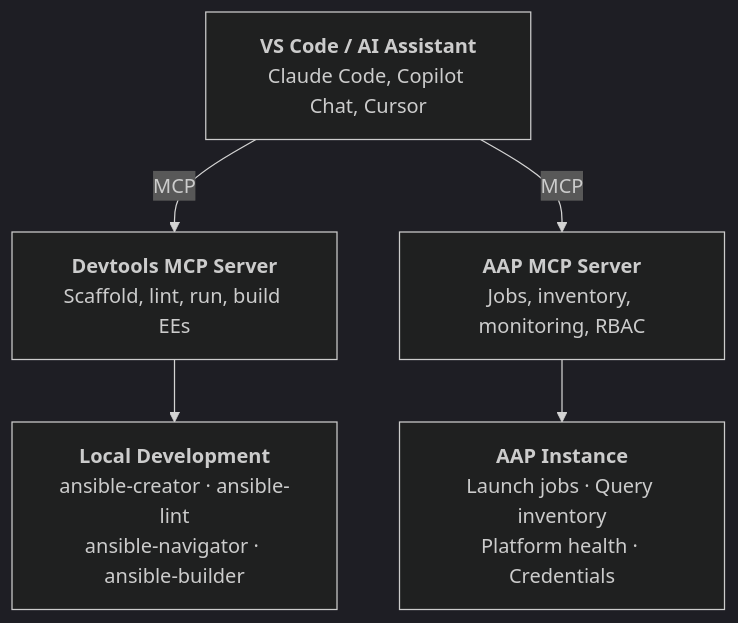
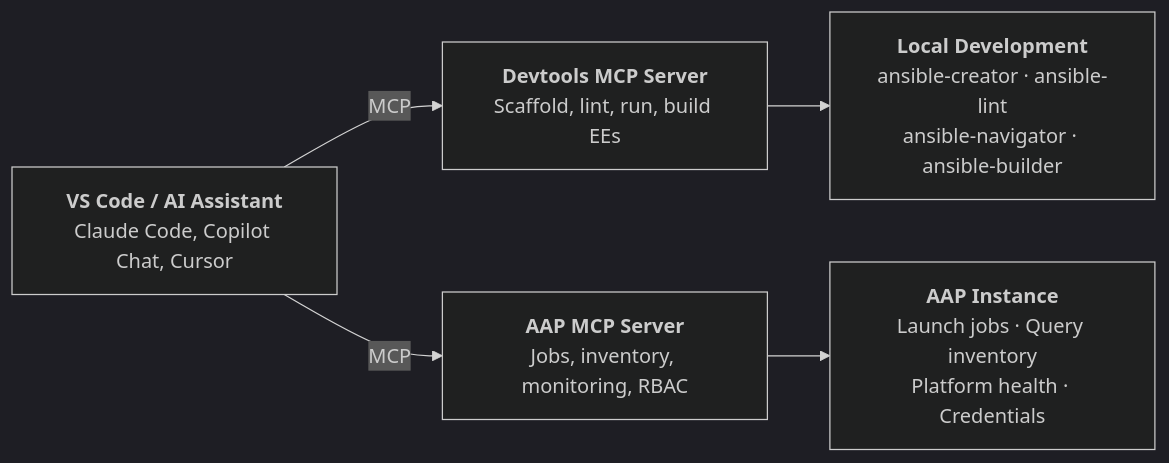
One commit to leogallego/ansible-solution-guides changed the second of 4 diagrams in README-Ansible-DevTools.md. Above: the diagram before and after it, drawn with Mermaid (dark theme).

Commit message:
Change MCP architecture diagram to LR for consistency
All other diagrams in the guide use graph LR.

````diff
--- a/README-Ansible-DevTools.md
+++ b/README-Ansible-DevTools.md
@@ -29,8 +29,8 @@
 ```mermaid
-graph TD
+graph LR
     IDE["<b>VS Code / AI Assistant</b><br/>Claude Code, Copilot Chat, Cursor"]
     IDE -->|MCP| DT["<b>Devtools MCP Server</b><br/>Scaffold, lint, run, build EEs"]
     IDE -->|MCP| AAP["<b>AAP MCP Server</b><br/>Jobs, inventory, monitoring, RBAC"]
     DT --> LOCAL["<b>Local Development</b><br/>ansible-creator · ansible-lint<br/>ansible-navigator · ansible-builder"]
     AAP --> PLATFORM["<b>AAP Instance</b><br/>Launch jobs · Query inventory<br/>Platform health · Credentials"]
 ```
````
